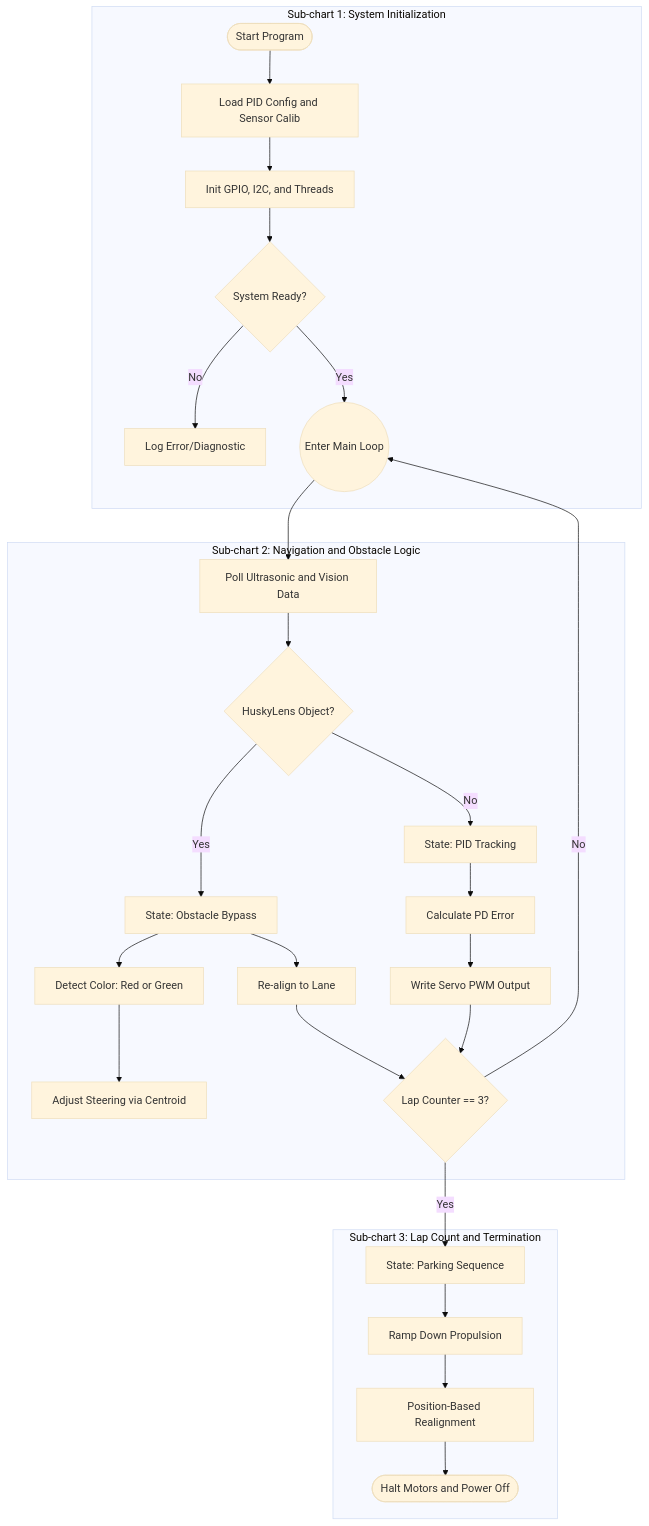
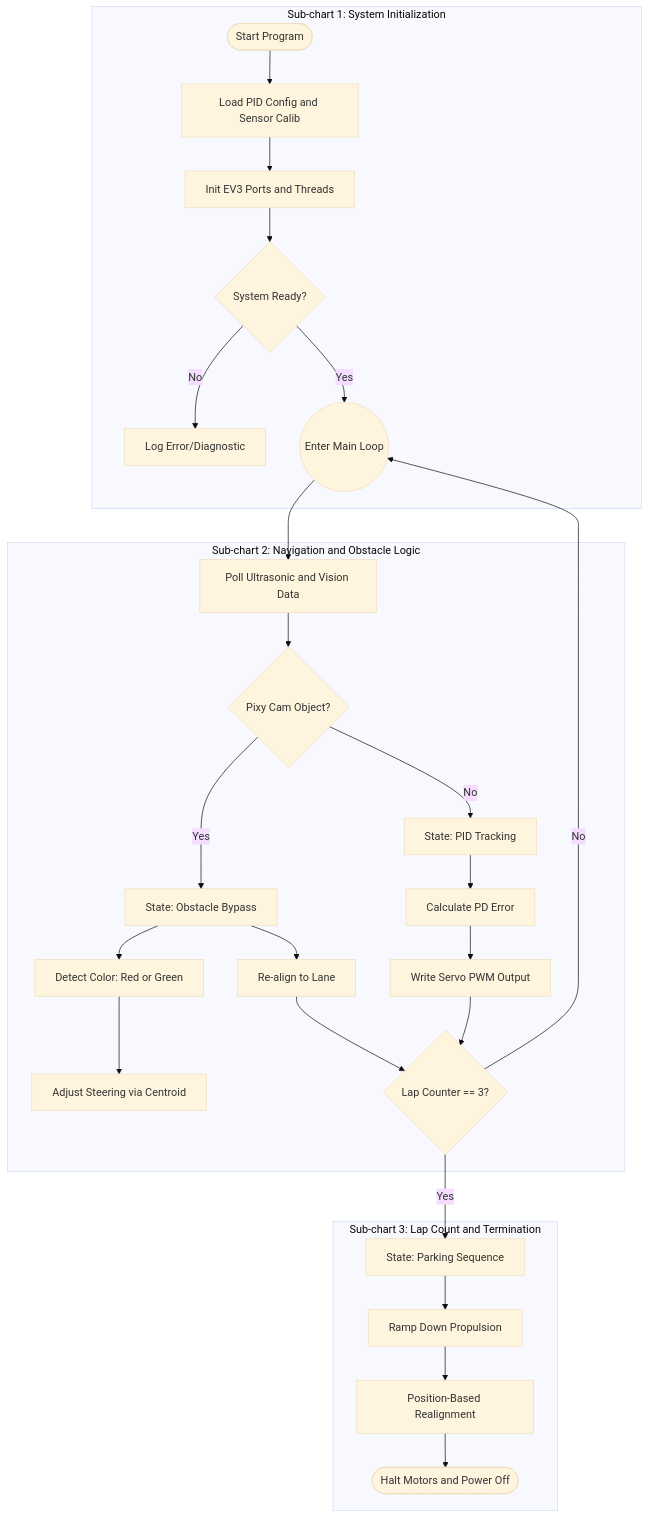
One commit to Piolintech123/WRO2026-FE-PiolinTech changed the first of 3 diagrams in README.md. Above: the diagram before and after it, drawn with Mermaid (base theme). The commit also changed other lines of this file, not shown here.

First line of the commit message:
Revise README for Piolín robot architecture changes

````diff
--- a/README.md
+++ b/README.md
@@ -287,33 +270,33 @@
 ```mermaid
 graph TB
     subgraph Initialization [Sub-chart 1: System Initialization]
         Start([Start Program]) --> Load[Load PID Config and Sensor Calib]
-        Load --> Init[Init GPIO, I2C, and Threads]
+        Load --> Init[Init EV3 Ports and Threads]
         Init --> Ready{System Ready?}
         Ready -- No --> Alert[Log Error/Diagnostic]
         Ready -- Yes --> MainLoop((Enter Main Loop))
     end
 
     subgraph Navigation [Sub-chart 2: Navigation and Obstacle Logic]
         MainLoop --> Poll[Poll Ultrasonic and Vision Data]
-        Poll --> Obstacle{HuskyLens Object?}
+        Poll --> Obstacle{Pixy Cam Object?}
         Obstacle -- Yes --> StateOb[State: Obstacle Bypass]
         StateOb --> Detect[Detect Color: Red or Green]
         Detect --> SteeringOb[Adjust Steering via Centroid]
         StateOb --> Path[Re-align to Lane]
         Obstacle -- No --> StateLane[State: PID Tracking]
         StateLane --> Calculate[Calculate PD Error]
         Calculate --> Servo[Write Servo PWM Output]
         Path --> LapCheck
         Servo --> LapCheck
     end
 
     subgraph Termination [Sub-chart 3: Lap Count and Termination]
         LapCheck{Lap Counter == 3?}
         LapCheck -- No --> MainLoop
         LapCheck -- Yes --> Final[State: Parking Sequence]
         Final --> Decel[Ramp Down Propulsion]
         Decel --> Align[Position-Based Realignment]
         Align --> Stop([Halt Motors and Power Off])
     end
 ```
````
